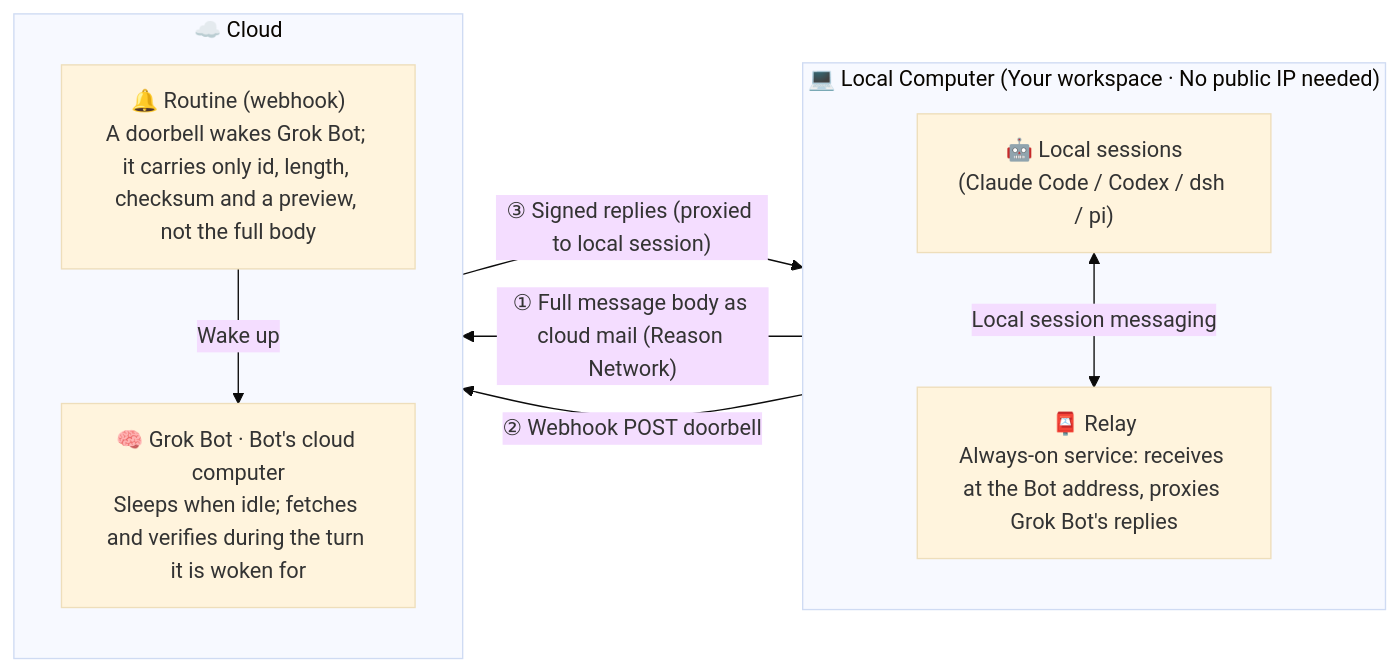
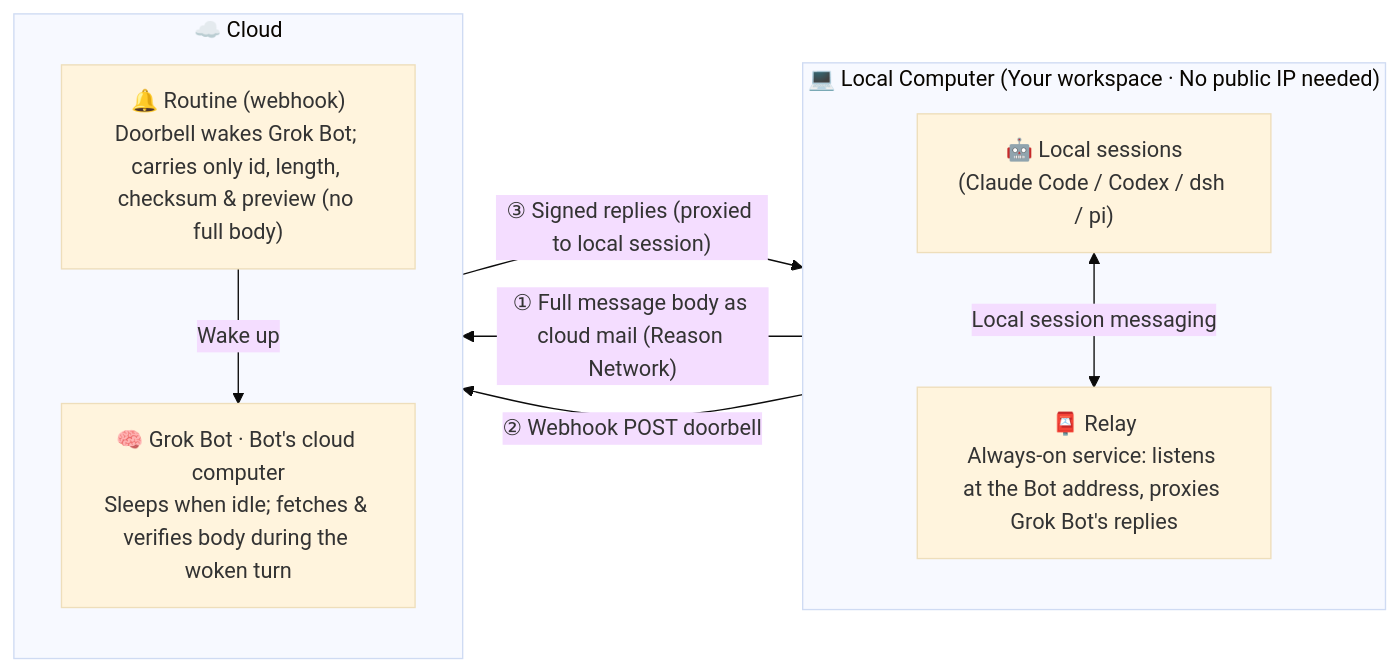
Before and after one commit to xiaozhenliu/agent-mesh: the first of 2 diagrams in README.md, drawn with Mermaid (base theme). The commit also changed other lines of this file and 1 other file, not shown here.

````diff
--- a/README.md
+++ b/README.md
@@ -22,20 +43,20 @@
 ```mermaid
 flowchart LR
     subgraph LOCAL["💻 Local Computer (Your workspace · No public IP needed)"]
         direction TB
         AGENT["🤖 Local sessions<br/>(Claude Code / Codex / dsh / pi)"]
-        RELAY["📮 Relay<br/>Always-on service: receives at the Bot address, proxies Grok Bot's replies"]
+        RELAY["📮 Relay<br/>Always-on service: listens at the Bot address, proxies Grok Bot's replies"]
         AGENT <-->|"Local session messaging"| RELAY
     end
 
     subgraph CLOUD["☁️ Cloud"]
         direction TB
-        DOORBELL["🔔 Routine (webhook)<br/>A doorbell wakes Grok Bot; it carries only id, length, checksum and a preview, not the full body"]
-        BOT["🧠 Grok Bot · Bot's cloud computer<br/>Sleeps when idle; fetches and verifies during the turn it is woken for"]
+        DOORBELL["🔔 Routine (webhook)<br/>Doorbell wakes Grok Bot; carries only id, length, checksum & preview (no full body)"]
+        BOT["🧠 Grok Bot · Bot's cloud computer<br/>Sleeps when idle; fetches & verifies body during the woken turn"]
         DOORBELL -->|"Wake up"| BOT
     end
 
     RELAY -->|"① Full message body as cloud mail (Reason Network)"| BOT
     RELAY -->|"② Webhook POST doorbell"| DOORBELL
     BOT -->|"③ Signed replies (proxied to local session)"| RELAY
 ```
````
